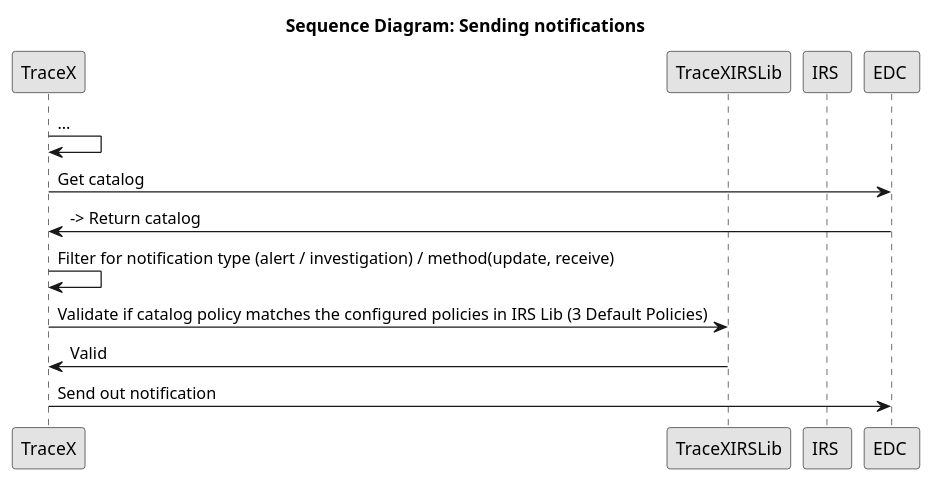
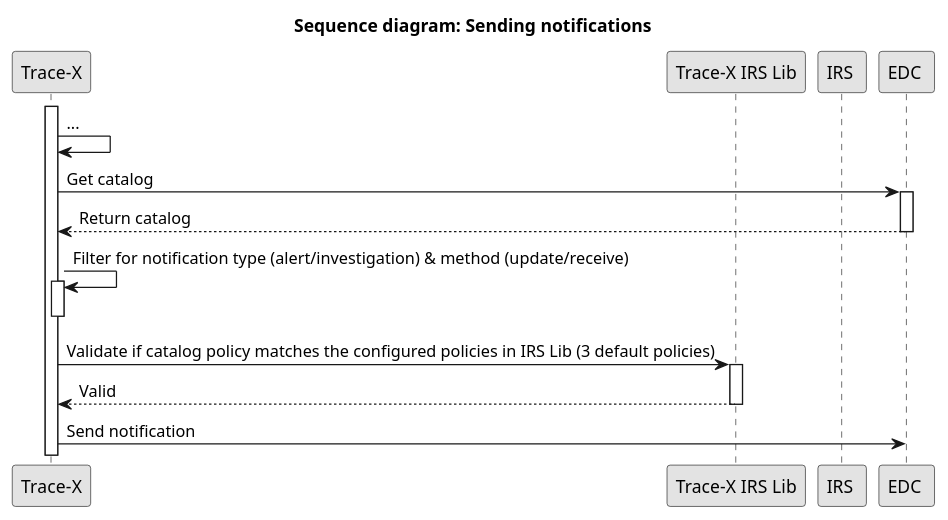
The second of 2 diagrams in docs/src/uml-diagrams/arc42/runtime-view/policies/policy-startup-notification-contract.puml (eclipse-tractusx/traceability-foss), drawn with PlantUML before and after one commit. The commit also changed other lines of this file and 4 other files, not shown here.

```diff
--- a/docs/src/uml-diagrams/arc42/runtime-view/policies/policy-startup-notification-contract.puml
+++ b/docs/src/uml-diagrams/arc42/runtime-view/policies/policy-startup-notification-contract.puml
@@ -24,19 +30,26 @@
 @startuml
 skinparam monochrome true
 skinparam shadowing false
 skinparam defaultFontName "Architects daughter"
 
-title Sequence Diagram: Sending notifications
-participant "TraceX" as TraceX
-participant "TraceXIRSLib" as TraceXIRSLib
+title Sequence diagram: Sending notifications
+participant "Trace-X" as TraceX
+participant "Trace-X IRS Lib" as TraceXIRSLib
 participant "IRS " as IRS
 participant "EDC " as EDC
 
+activate TraceX
 TraceX -> TraceX: ...
 TraceX -> EDC: Get catalog
-EDC -> TraceX: -> Return catalog
-TraceX -> TraceX: Filter for notification type (alert / investigation) / method(update, receive)
-TraceX -> TraceXIRSLib: Validate if catalog policy matches the configured policies in IRS Lib (3 Default Policies)
-TraceXIRSLib -> TraceX: Valid
-TraceX -> EDC: Send out notification
+activate EDC
+EDC --> TraceX: Return catalog
+deactivate EDC
+TraceX -> TraceX: Filter for notification type (alert/investigation) & method (update/receive)
+activate TraceX
+deactivate TraceX
+TraceX -> TraceXIRSLib: Validate if catalog policy matches the configured policies in IRS Lib (3 default policies)
+activate TraceXIRSLib
+TraceXIRSLib --> TraceX: Valid
+deactivate TraceXIRSLib
+TraceX -> EDC: Send notification
 @enduml
```
